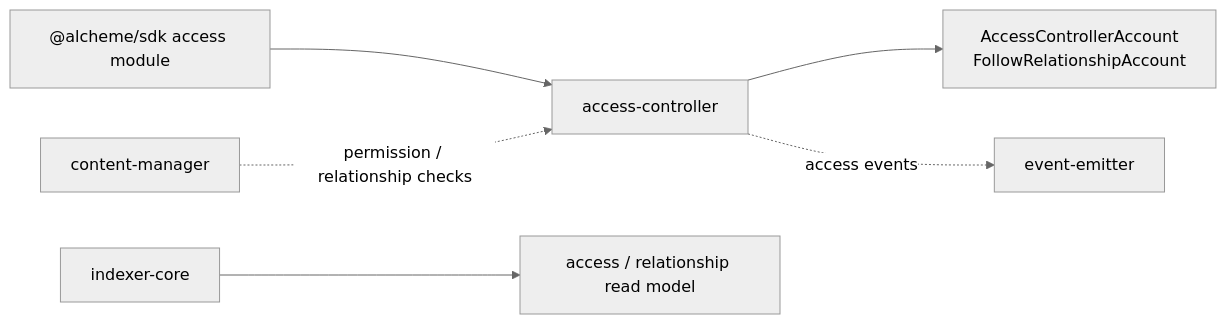
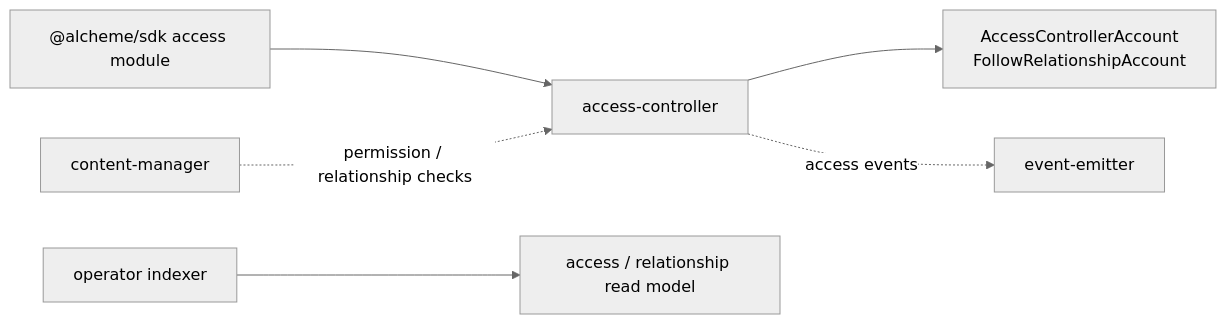
The first of 2 diagrams in programs/access-controller/README.md (alcheme-labs/alcheme-protocol), drawn with Mermaid (neutral theme) before and after one commit. The commit also changed other lines of this file and 11 other files, not shown here.

````diff
--- a/programs/access-controller/README.md
+++ b/programs/access-controller/README.md
@@ -9,8 +9,8 @@
 ```mermaid
 flowchart LR
     sdk["@alcheme/sdk access module"] --> program["access-controller"]
     content["content-manager"] -. "permission / relationship checks" .-> program
     program --> accounts["AccessControllerAccount\nFollowRelationshipAccount"]
     program -. "access events" .-> event["event-emitter"]
-    indexer["indexer-core"] --> readmodel["access / relationship read model"]
+    indexer["operator indexer"] --> readmodel["access / relationship read model"]
 ```
````
